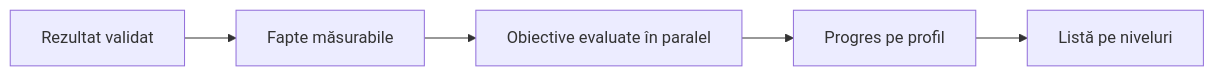
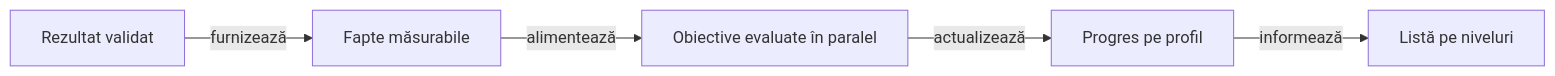
One commit to crististefanita/atf_j6 changed the diagram in docs/design/achievements/README.md. Above: the diagram before and after it, drawn with Mermaid. The commit also changed other lines of this file, not shown here.

Commit message:
Align the achievement design diagram with ATF documentation

````diff
--- a/docs/design/achievements/README.md
+++ b/docs/design/achievements/README.md
@@ -7,7 +7,7 @@
 ```mermaid
 flowchart LR
-    Game["Rezultat validat"] --> Facts["Fapte măsurabile"]
-    Facts --> Rules["Obiective evaluate în paralel"]
-    Rules --> Progress["Progres pe profil"]
-    Progress --> UI["Listă pe niveluri"]
+    Game["Rezultat validat"] -->|furnizează| Facts["Fapte măsurabile"]
+    Facts -->|alimentează| Rules["Obiective evaluate în paralel"]
+    Rules -->|actualizează| Progress["Progres pe profil"]
+    Progress -->|informează| UI["Listă pe niveluri"]
 ```
````
